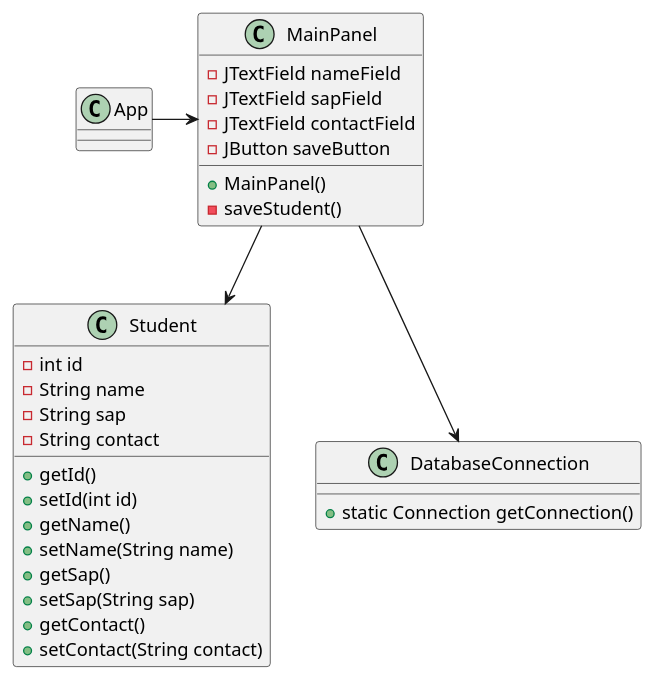
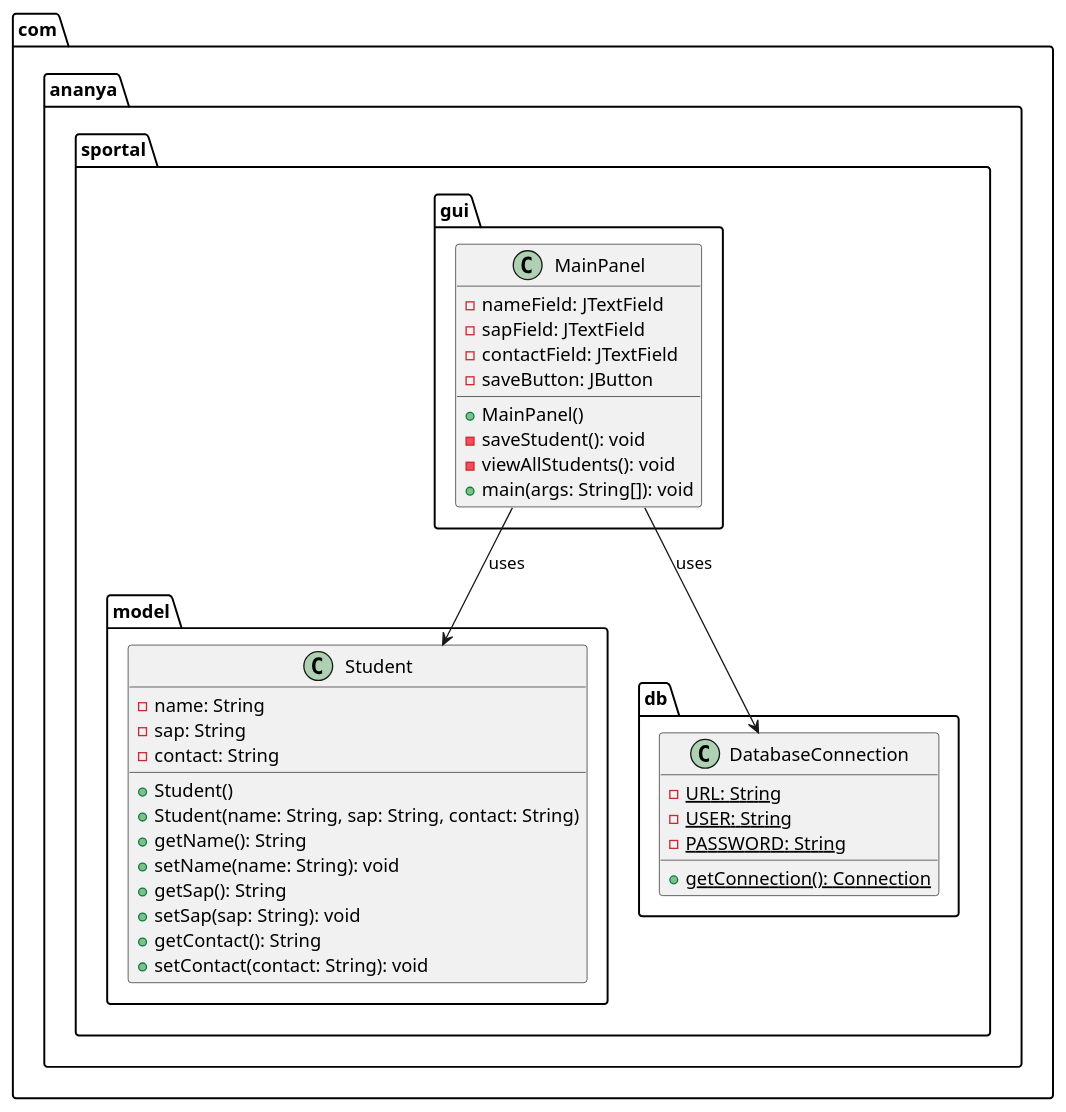
Before and after one commit to AnanyaRana2312/SAPPortal: the diagram in docs/uml/class-diagram.puml, drawn with PlantUML. The commit also changed 10 other files, not shown here.

```diff
--- a/docs/uml/class-diagram.puml
+++ b/docs/uml/class-diagram.puml
@@ -1,33 +1,42 @@
 @startuml
-class Student {
-  - int id
-  - String name
-  - String sap
-  - String contact
-  + getId()
-  + setId(int id)
-  + getName()
-  + setName(String name)
-  + getSap()
-  + setSap(String sap)
-  + getContact()
-  + setContact(String contact)
+package com.ananya.sportal.model {
+    class Student {
+        - name: String
+        - sap: String
+        - contact: String
+        + Student()
+        + Student(name: String, sap: String, contact: String)
+        + getName(): String
+        + setName(name: String): void
+        + getSap(): String
+        + setSap(sap: String): void
+        + getContact(): String
+        + setContact(contact: String): void
+    }
 }
 
-class DatabaseConnection {
-  + static Connection getConnection()
+package com.ananya.sportal.db {
+    class DatabaseConnection {
+        {static} - URL: String
+        {static} - USER: String
+        {static} - PASSWORD: String
+        {static} + getConnection(): Connection
+    }
 }
 
-class MainPanel {
-  - JTextField nameField
-  - JTextField sapField
-  - JTextField contactField
-  - JButton saveButton
-  + MainPanel()
-  - saveStudent()
+package com.ananya.sportal.gui {
+    class MainPanel {
+        - nameField: JTextField
+        - sapField: JTextField
+        - contactField: JTextField
+        - saveButton: JButton
+        + MainPanel()
+        - saveStudent(): void
+        - viewAllStudents(): void
+        + main(args: String[]): void
+    }
 }
 
-App -> MainPanel
-MainPanel --> DatabaseConnection
-MainPanel --> Student
+MainPanel --> Student : uses
+MainPanel --> DatabaseConnection : uses
 @enduml
```
